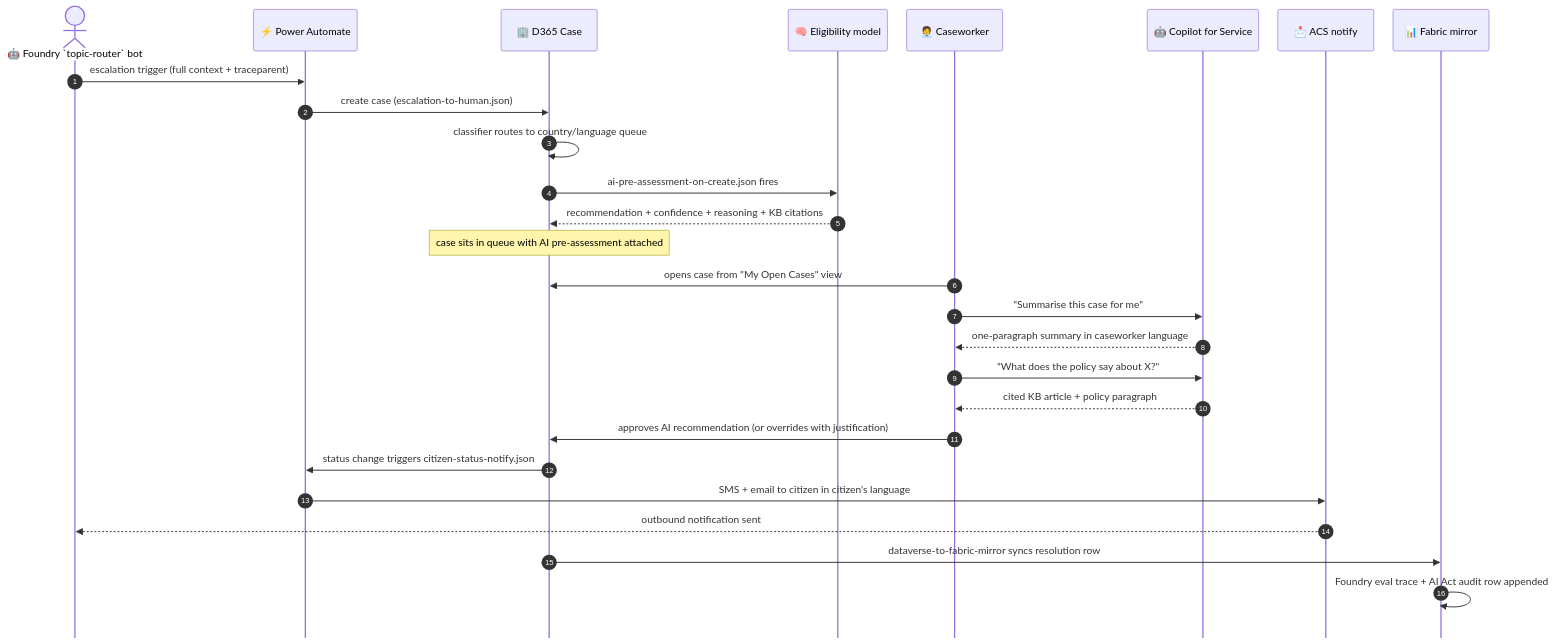
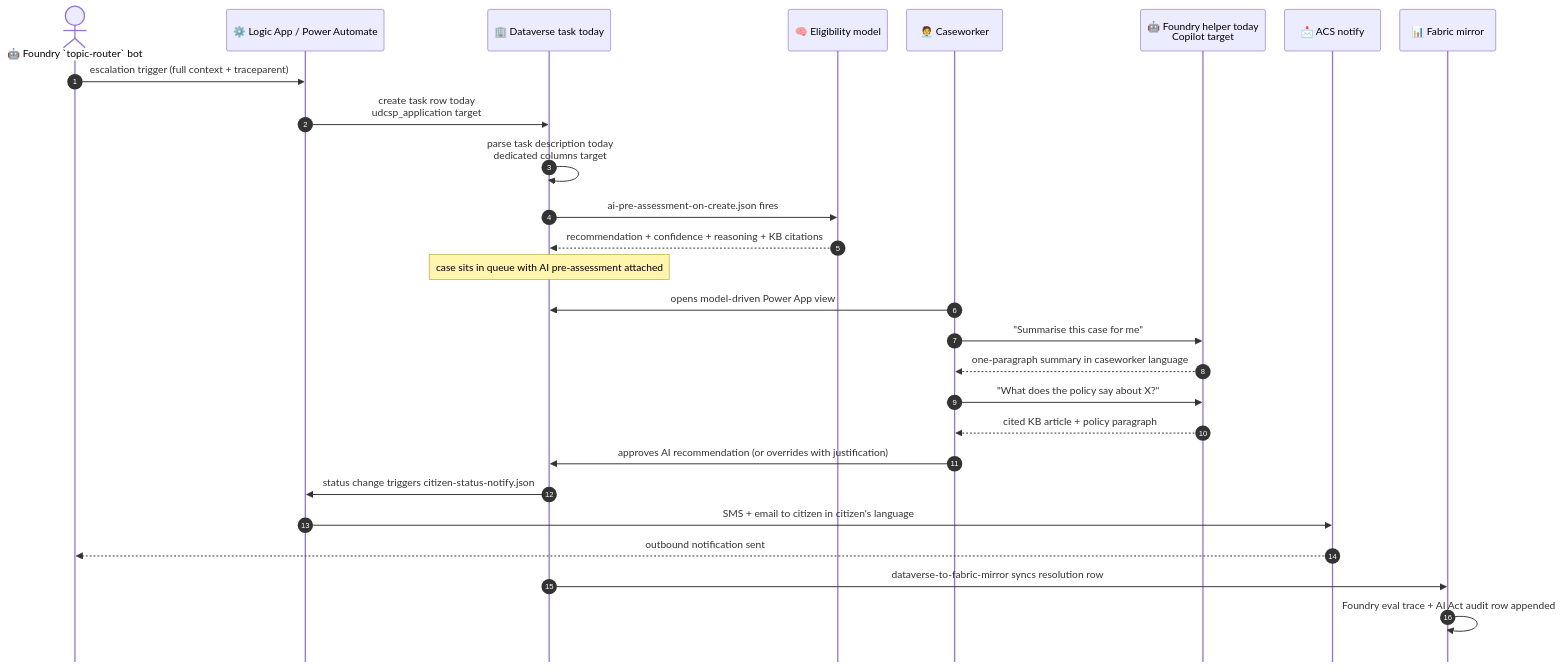
One commit to fredgis/UDCSP changed the second of 4 diagrams in docs/biz/caseworker.md. Above: the diagram before and after it, drawn with Mermaid. The commit also changed other lines of this file and 37 other files, not shown here.

````diff
--- a/docs/biz/caseworker.md
+++ b/docs/biz/caseworker.md
@@ -144,31 +155,31 @@
 ```mermaid
 %%{ init: { 'sequence': { 'mirrorActors': false, 'actorMargin': 30 }, 'themeVariables': { 'fontSize': '12px' } } }%%
 sequenceDiagram
     autonumber
     actor BOT as 🤖 Foundry `topic-router` bot
-    participant PA as ⚡ Power Automate
-    participant D365 as 🏢 D365 Case
+    participant PA as ⚙️ Logic App / Power Automate
+    participant D365 as 🏢 Dataverse task today
     participant ELI as 🧠 Eligibility model
     participant CW as 🧑‍💼 Caseworker
-    participant CFS as 🤖 Copilot for Service
+    participant CFS as 🤖 Foundry helper today<br/>Copilot target
     participant ACS as 📩 ACS notify
     participant FAB as 📊 Fabric mirror
 
     BOT->>PA: escalation trigger (full context + traceparent)
-    PA->>D365: create case (escalation-to-human.json)
-    D365->>D365: classifier routes to country/language queue
+    PA->>D365: create task row today<br/>udcsp_application target
+    D365->>D365: parse task description today<br/>dedicated columns target
     D365->>ELI: ai-pre-assessment-on-create.json fires
     ELI-->>D365: recommendation + confidence + reasoning + KB citations
     Note over D365: case sits in queue with AI pre-assessment attached
-    CW->>D365: opens case from "My Open Cases" view
+    CW->>D365: opens model-driven Power App view
     CW->>CFS: "Summarise this case for me"
     CFS-->>CW: one-paragraph summary in caseworker language
     CW->>CFS: "What does the policy say about X?"
     CFS-->>CW: cited KB article + policy paragraph
     CW->>D365: approves AI recommendation (or overrides with justification)
     D365->>PA: status change triggers citizen-status-notify.json
     PA->>ACS: SMS + email to citizen in citizen's language
     ACS-->>BOT: outbound notification sent
     D365->>FAB: dataverse-to-fabric-mirror syncs resolution row
     FAB->>FAB: Foundry eval trace + AI Act audit row appended
 ```
````
